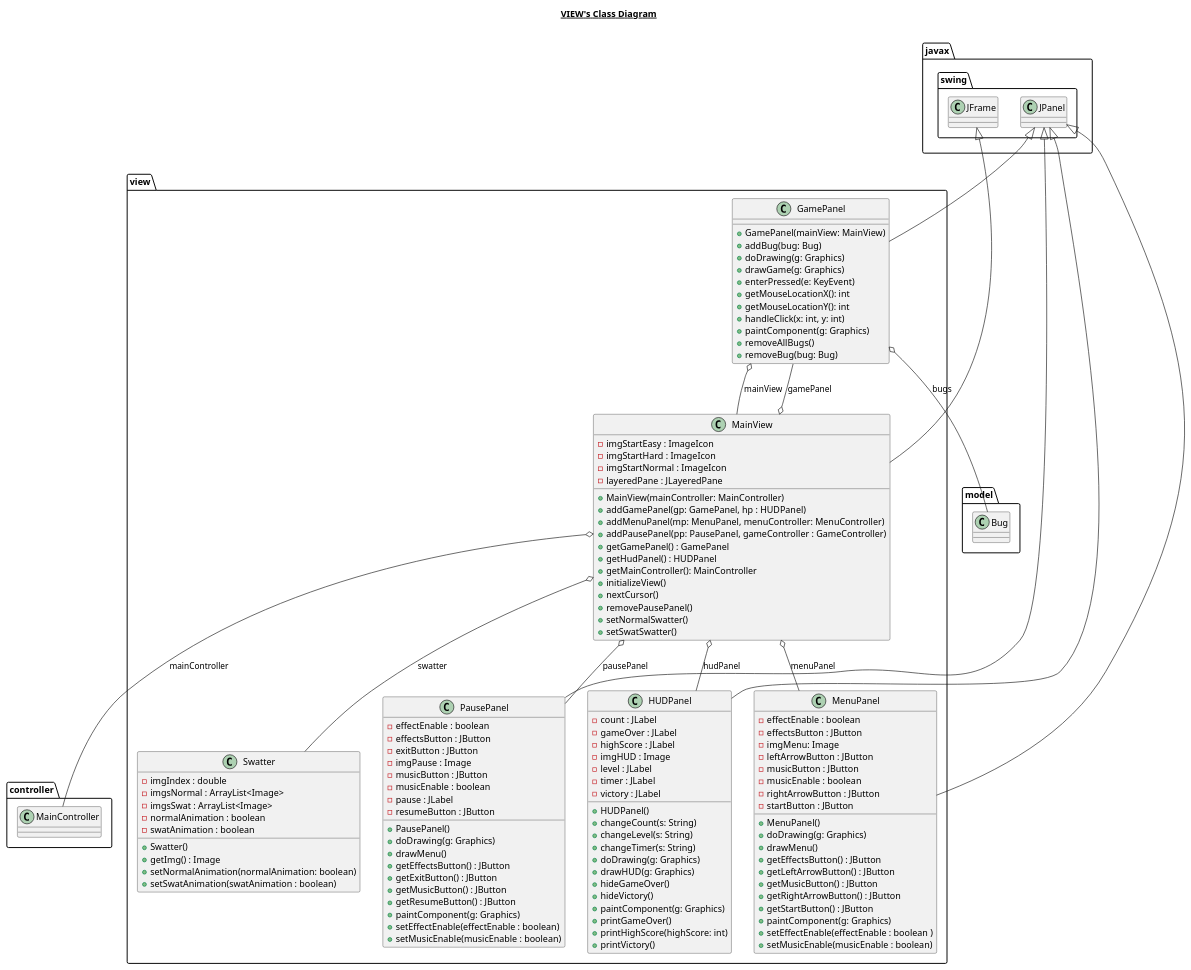
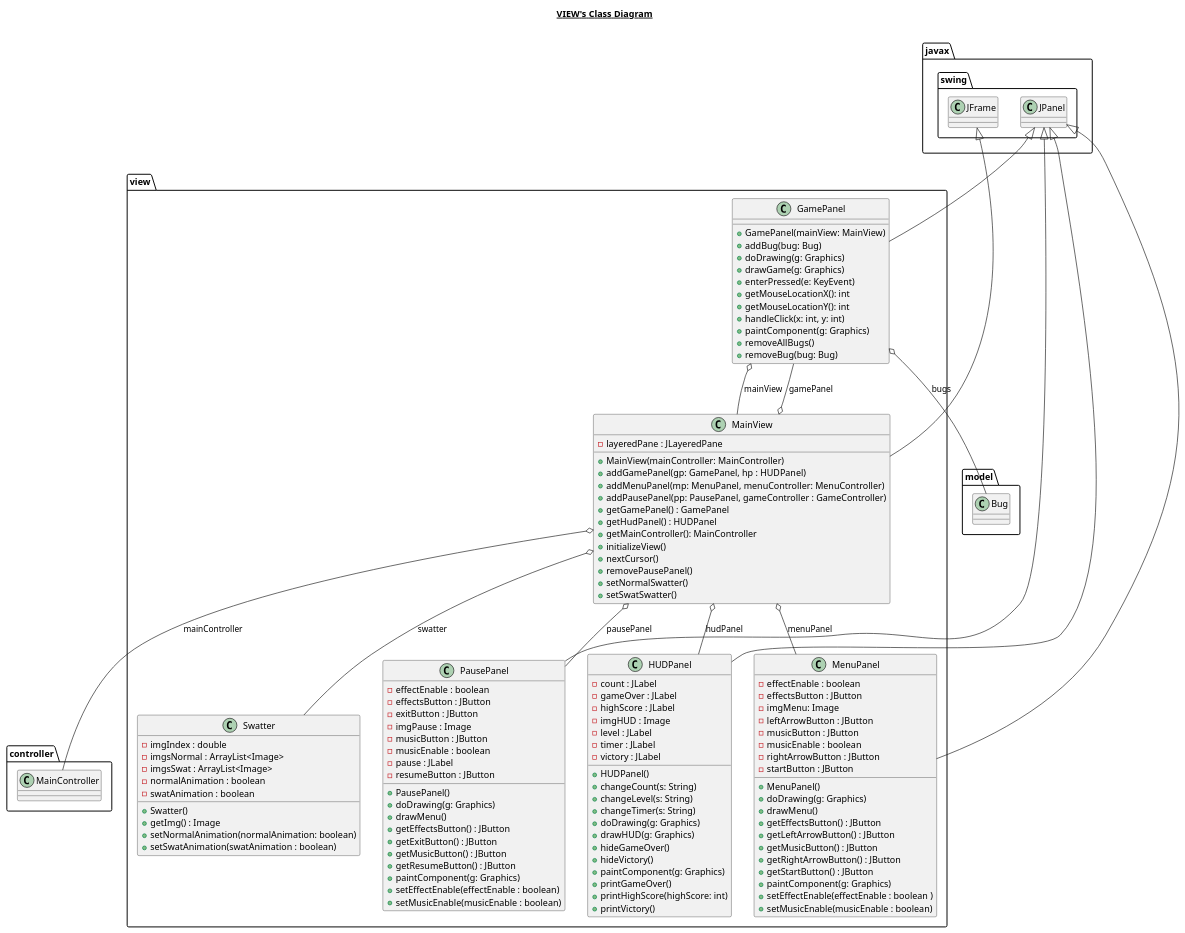
The diagram in src/view/view.plantuml (lcintini/JFlySwatter), drawn with PlantUML before and after one commit. The commit also changed 2 other files, not shown here.

Commit message:
Correzione uml

```diff
--- a/src/view/view.plantuml
+++ b/src/view/view.plantuml
@@ -1,149 +1,146 @@
 @startuml
 
 title __VIEW's Class Diagram__\n
 
   namespace view {
       class view.GamePanel {
           + GamePanel(mainView: MainView)
           + addBug(bug: Bug)
           + doDrawing(g: Graphics)
           + drawGame(g: Graphics)
           + enterPressed(e: KeyEvent)
           + getMouseLocationX(): int
           + getMouseLocationY(): int
           + handleClick(x: int, y: int)
           + paintComponent(g: Graphics)
           + removeAllBugs()
           + removeBug(bug: Bug)
       }
     }
   
 
   namespace view {
       class view.HUDPanel {
           - count : JLabel
           - gameOver : JLabel
           - highScore : JLabel
           - imgHUD : Image
           - level : JLabel
           - timer : JLabel
           - victory : JLabel
           + HUDPanel()
           + changeCount(s: String)
           + changeLevel(s: String)
           + changeTimer(s: String)
           + doDrawing(g: Graphics)
           + drawHUD(g: Graphics)
           + hideGameOver()
           + hideVictory()
           + paintComponent(g: Graphics)
           + printGameOver()
           + printHighScore(highScore: int)
           + printVictory()
       }
     }
   
 
  namespace view {
       class view.MainView {
-          - imgStartEasy : ImageIcon
-          - imgStartHard : ImageIcon
-          - imgStartNormal : ImageIcon
           - layeredPane : JLayeredPane
           + MainView(mainController: MainController)
           + addGamePanel(gp: GamePanel, hp : HUDPanel)
           + addMenuPanel(mp: MenuPanel, menuController: MenuController)
           + addPausePanel(pp: PausePanel, gameController : GameController)
           + getGamePanel() : GamePanel
           + getHudPanel() : HUDPanel
           + getMainController(): MainController
           + initializeView()
           + nextCursor()
           + removePausePanel()
           + setNormalSwatter()
           + setSwatSwatter()
       }
     }
   
 
   namespace view {
       class view.MenuPanel {
           - effectEnable : boolean
           - effectsButton : JButton
           - imgMenu: Image
           - leftArrowButton : JButton
           - musicButton : JButton
           - musicEnable : boolean
           - rightArrowButton : JButton
           - startButton : JButton
           + MenuPanel()
           + doDrawing(g: Graphics)
           + drawMenu()
           + getEffectsButton() : JButton
           + getLeftArrowButton() : JButton
           + getMusicButton() : JButton
           + getRightArrowButton() : JButton
           + getStartButton() : JButton
           + paintComponent(g: Graphics)
           + setEffectEnable(effectEnable : boolean )
           + setMusicEnable(musicEnable : boolean)
       }
     }
   
 
   namespace view {
       class view.PausePanel {
           - effectEnable : boolean
           - effectsButton : JButton
           - exitButton : JButton
           - imgPause : Image
           - musicButton : JButton
           - musicEnable : boolean
           - pause : JLabel
           - resumeButton : JButton
           + PausePanel()
           + doDrawing(g: Graphics)
           + drawMenu()
           + getEffectsButton() : JButton
           + getExitButton() : JButton
           + getMusicButton() : JButton
           + getResumeButton() : JButton
           + paintComponent(g: Graphics)
           + setEffectEnable(effectEnable : boolean)
           + setMusicEnable(musicEnable : boolean)
       }
     }
   
 
   namespace view {
       class view.Swatter {
           - imgIndex : double
           - imgsNormal : ArrayList<Image>
           - imgsSwat : ArrayList<Image>
           - normalAnimation : boolean
           - swatAnimation : boolean
           + Swatter()
           + getImg() : Image
           + setNormalAnimation(normalAnimation: boolean)
           + setSwatAnimation(swatAnimation : boolean)
       }
     }
   
 
   view.GamePanel -up-|> javax.swing.JPanel
   view.GamePanel o-- view.MainView : mainView
   view.HUDPanel -up-|> javax.swing.JPanel
   view.MainView -up-|> javax.swing.JFrame
   view.MainView o-- view.GamePanel : gamePanel
   view.MainView o-- view.HUDPanel : hudPanel
   view.MainView o-- controller.MainController : mainController
   view.MainView o-- view.MenuPanel : menuPanel
   view.MainView o-- view.PausePanel : pausePanel
   view.MainView o-- view.Swatter : swatter
   view.MenuPanel -up-|> javax.swing.JPanel
   view.PausePanel -up-|> javax.swing.JPanel
     view.GamePanel o-- model.Bug : bugs
 
 
 
 @enduml
```
